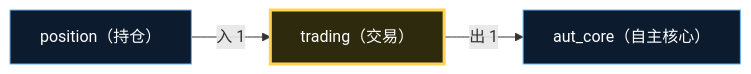
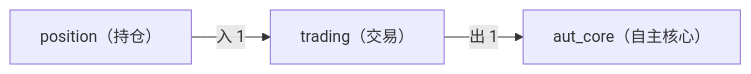
The second of 2 diagrams in docs/02_enterprise_architecture/06_decision_architecture/19_decision_l3_trading.md (xuanFelixVan/ZephyrAlpha), drawn with Mermaid before and after one commit. The commit also changed other lines of this file and 23 other files, not shown here.

First line of the commit message:
style(decision-diagram): 移除所有 mermaid classDef，照搬 application_flows.md 纯默认主题

````diff
--- a/docs/02_enterprise_architecture/06_decision_architecture/19_decision_l3_trading.md
+++ b/docs/02_enterprise_architecture/06_decision_architecture/19_decision_l3_trading.md
@@ -125,11 +119,8 @@
 ```mermaid
 flowchart LR
-    SELF["trading（交易）"]:::selfDomain
-    EXT_aut_core["aut_core（自主核心）"]:::extDomain
+    SELF["trading（交易）"]
+    EXT_aut_core["aut_core（自主核心）"]
     SELF -->|出 1| EXT_aut_core
-    EXT_position["position（持仓）"]:::extDomain
+    EXT_position["position（持仓）"]
     EXT_position -->|入 1| SELF
-
-    classDef selfDomain fill:#2e2a0d,stroke:#ffd54f,stroke-width:3px,color:#fff
-    classDef extDomain fill:#0d1b2e,stroke:#64b5f6,stroke-width:1px,color:#fff
 ```
````
